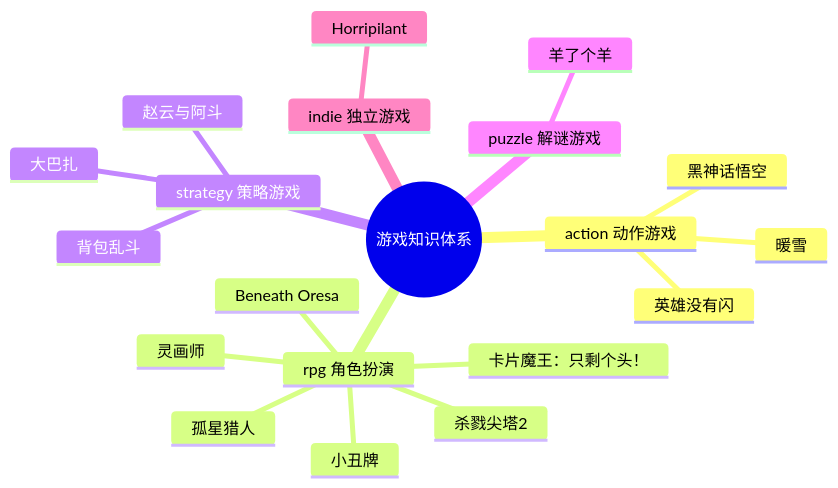
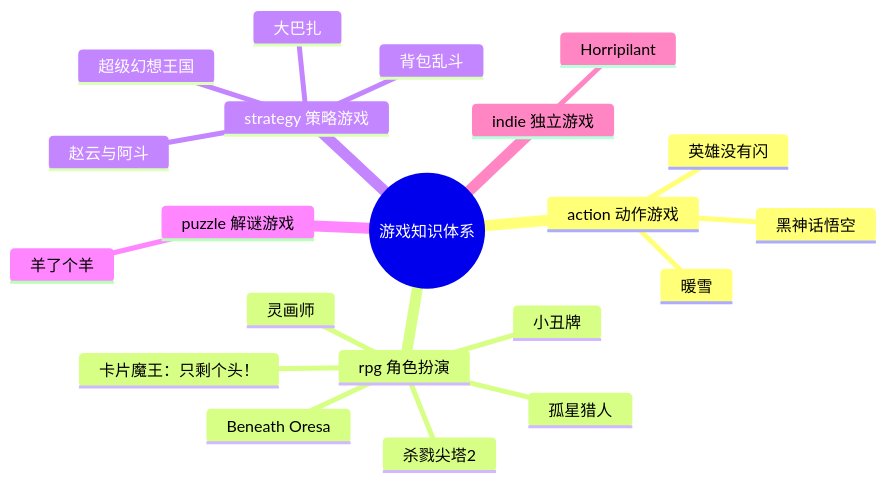
The diagram in games/游戏知识图谱.md (hongyesuifeng/readbooks), drawn with Mermaid before and after one commit. The commit also changed other lines of this file and 2 other files, not shown here.

First line of the commit message:
新增《超级幻想王国》游戏分析，更新游戏知识图谱

````diff
--- a/games/游戏知识图谱.md
+++ b/games/游戏知识图谱.md
@@ -9,23 +9,24 @@
 ```mermaid
 mindmap
   root((游戏知识体系))
     action 动作游戏
       英雄没有闪
       暖雪
       黑神话悟空
     rpg 角色扮演
       杀戮尖塔2
       灵画师
       Beneath Oresa
       小丑牌
       孤星猎人
       卡片魔王：只剩个头！
     strategy 策略游戏
       背包乱斗
       赵云与阿斗
       大巴扎
+      超级幻想王国
     puzzle 解谜游戏
       羊了个羊
     indie 独立游戏
       Horripilant
 ```
````
